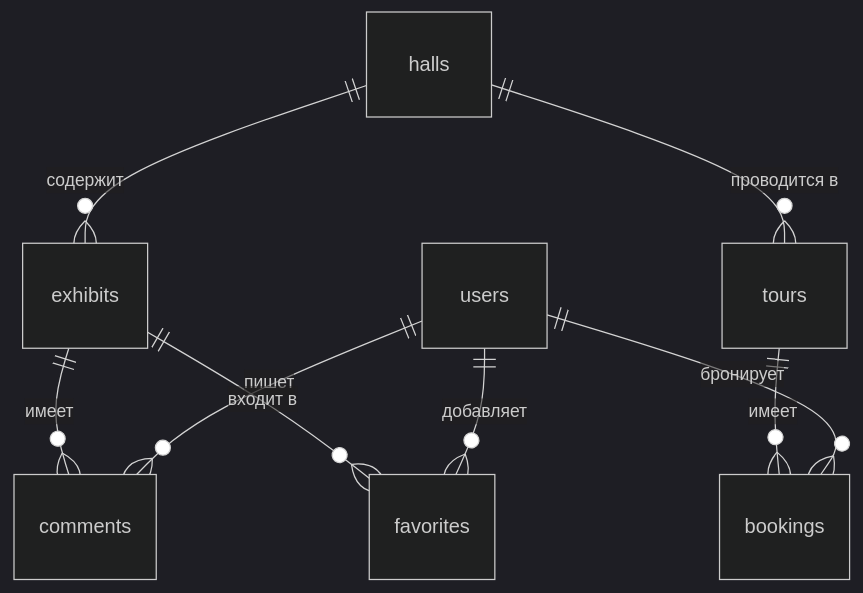
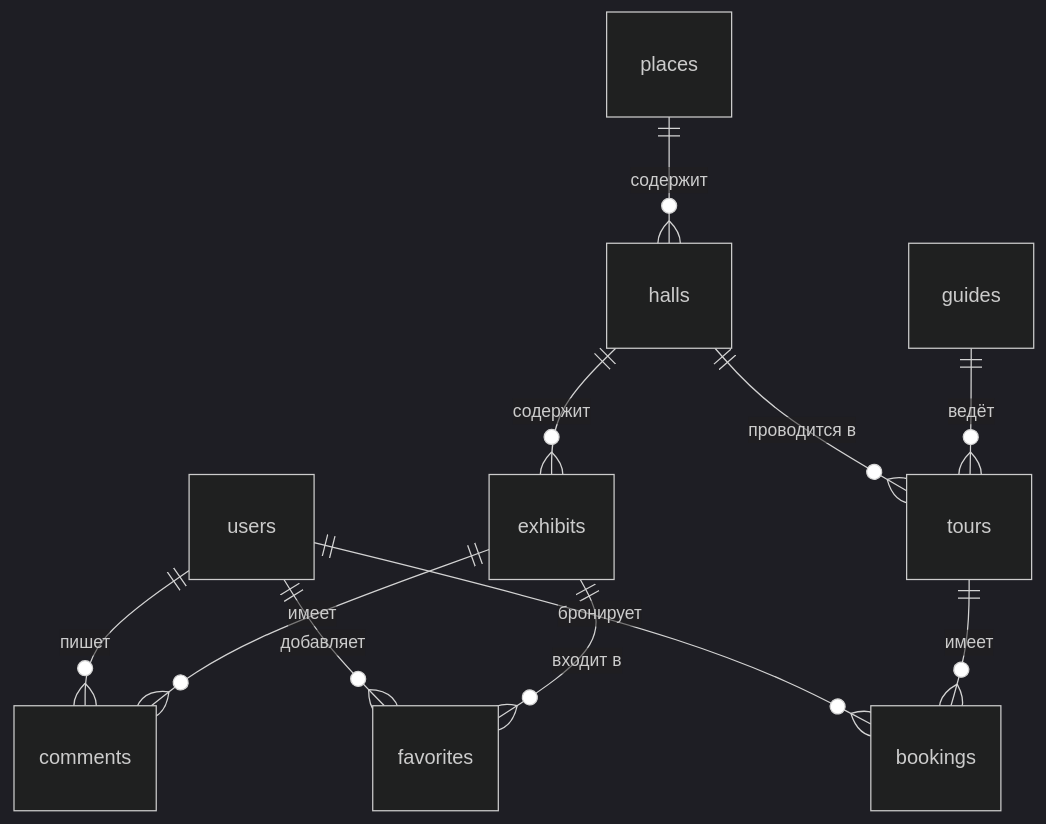
The diagram in doc/01_Анализ_предметной_области.md (milsinmaksim94-glitch/Museum), drawn with Mermaid (dark theme) before and after one commit. The commit also changed other lines of this file and 109 other files, not shown here.

````diff
--- a/doc/01_Анализ_предметной_области.md
+++ b/doc/01_Анализ_предметной_области.md
@@ -32,11 +36,13 @@
 ```mermaid
 erDiagram
     users ||--o{ comments : "пишет"
     users ||--o{ favorites : "добавляет"
     users ||--o{ bookings : "бронирует"
+    places ||--o{ halls : "содержит"
     halls ||--o{ exhibits : "содержит"
     halls ||--o{ tours : "проводится в"
+    guides ||--o{ tours : "ведёт"
     exhibits ||--o{ comments : "имеет"
     exhibits ||--o{ favorites : "входит в"
     tours ||--o{ bookings : "имеет"
 ```
````
